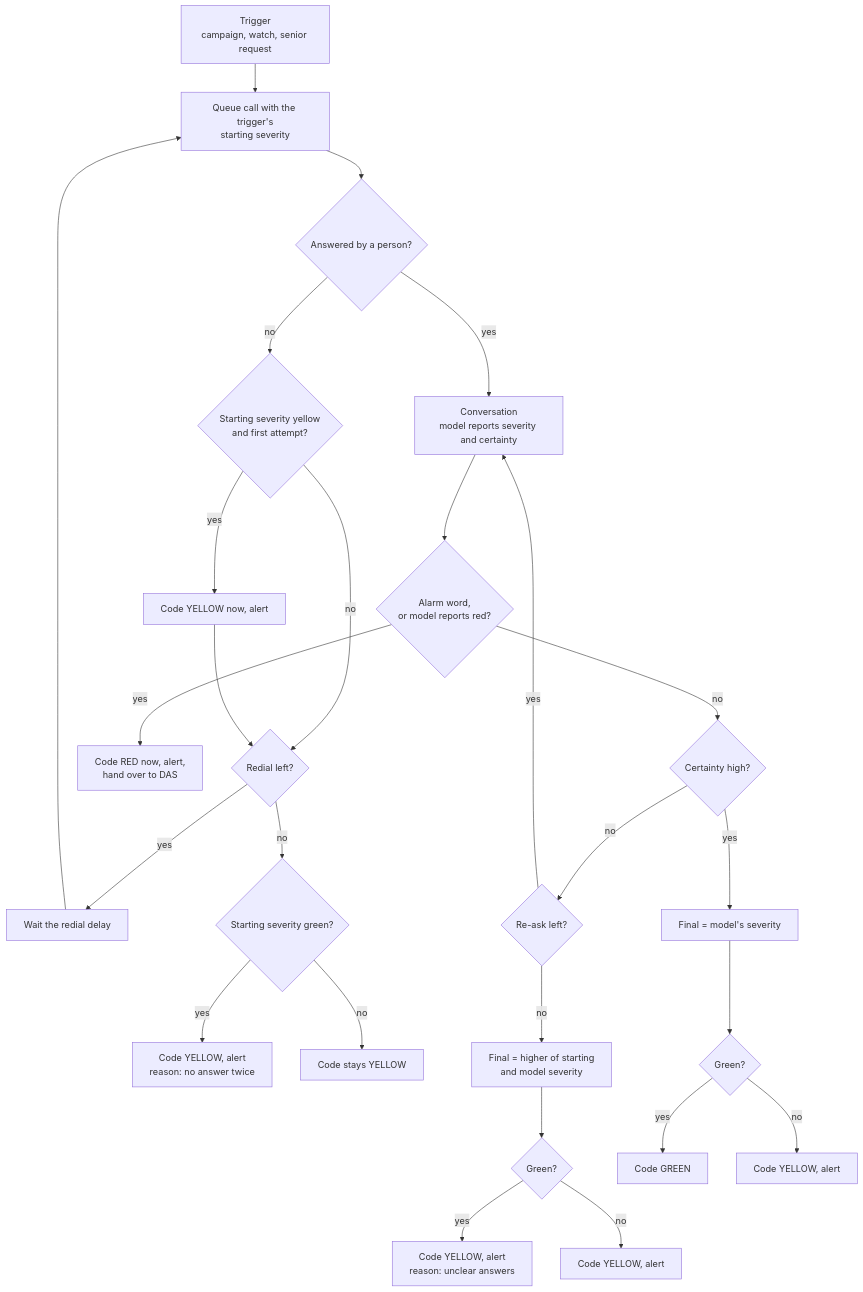
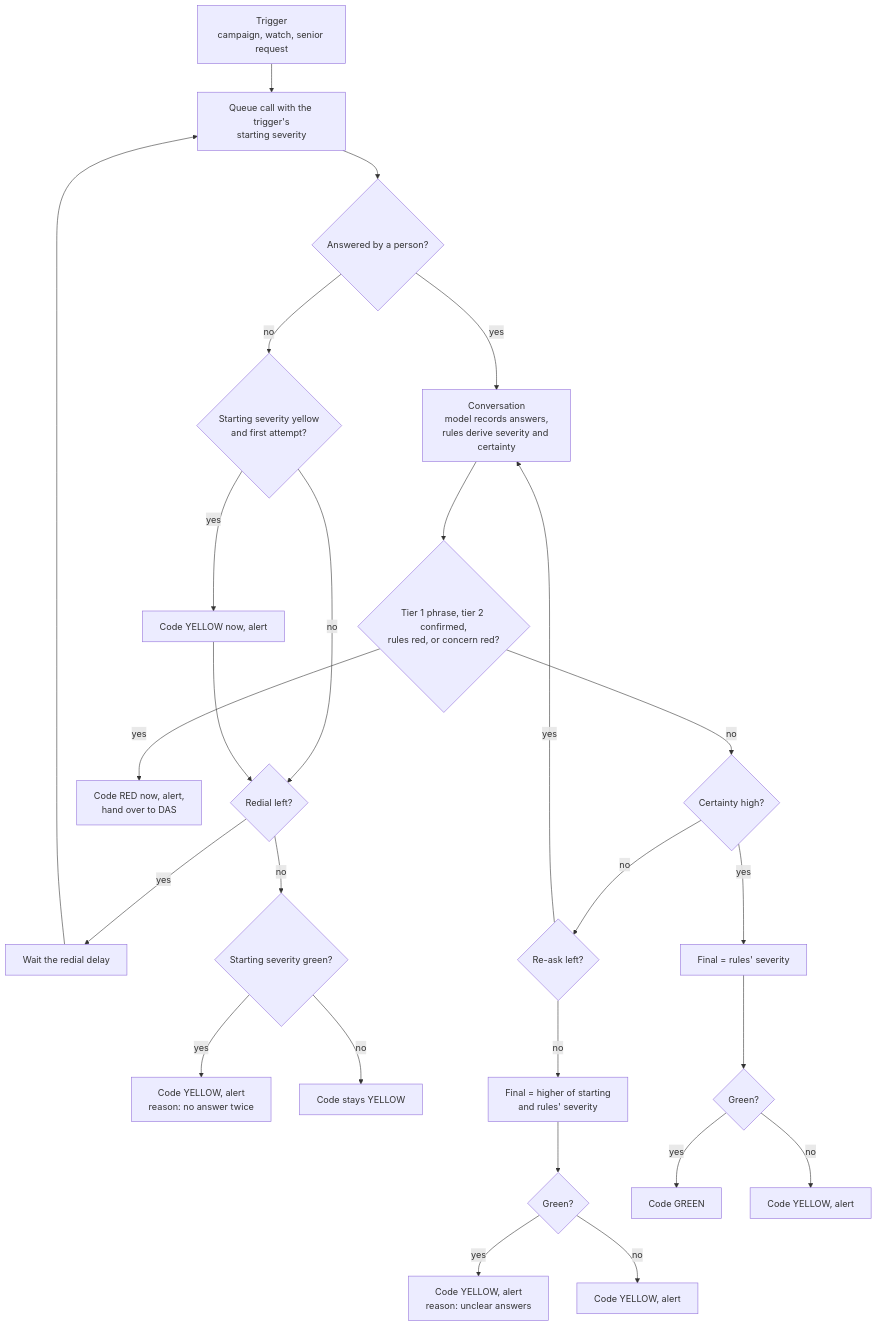
The first of 3 diagrams in docs/specs/sentinela/03-status-model.md (paulhondola/EchoCare), drawn with Mermaid before and after one commit. The commit also changed other lines of this file and 6 other files, not shown here.

First line of the commit message:
Revise Sentinela MVP architecture and rules

````diff
--- a/docs/specs/sentinela/03-status-model.md
+++ b/docs/specs/sentinela/03-status-model.md
@@ -96,30 +152,30 @@
 ```mermaid
 flowchart TD
     T["Trigger<br/>campaign, watch, senior request"] --> Q["Queue call with the trigger's<br/>starting severity"]
     Q --> A{"Answered by a person?"}
 
     A -->|no| SY{"Starting severity yellow<br/>and first attempt?"}
     SY -->|yes| YN["Code YELLOW now, alert"]
     SY -->|no| RL
     YN --> RL{"Redial left?"}
     RL -->|yes| WAIT["Wait the redial delay"]
     WAIT --> Q
     RL -->|no| UG{"Starting severity green?"}
     UG -->|yes| YU["Code YELLOW, alert<br/>reason: no answer twice"]
     UG -->|no| KY["Code stays YELLOW"]
 
-    A -->|yes| C["Conversation<br/>model reports severity and certainty"]
-    C --> AW{"Alarm word,<br/>or model reports red?"}
+    A -->|yes| C["Conversation<br/>model records answers,<br/>rules derive severity and certainty"]
+    C --> AW{"Tier 1 phrase, tier 2 confirmed,<br/>rules red, or concern red?"}
     AW -->|yes| RED["Code RED now, alert,<br/>hand over to DAS"]
     AW -->|no| H{"Certainty high?"}
-    H -->|yes| FM["Final = model's severity"]
+    H -->|yes| FM["Final = rules' severity"]
     H -->|no| RA{"Re-ask left?"}
     RA -->|yes| C
-    RA -->|no| MX["Final = higher of starting<br/>and model severity"]
+    RA -->|no| MX["Final = higher of starting<br/>and rules' severity"]
     MX --> G{"Green?"}
     G -->|yes| YC["Code YELLOW, alert<br/>reason: unclear answers"]
     G -->|no| YK["Code YELLOW, alert"]
     FM --> FG{"Green?"}
     FG -->|yes| GR["Code GREEN"]
     FG -->|no| YF["Code YELLOW, alert"]
 ```
````
